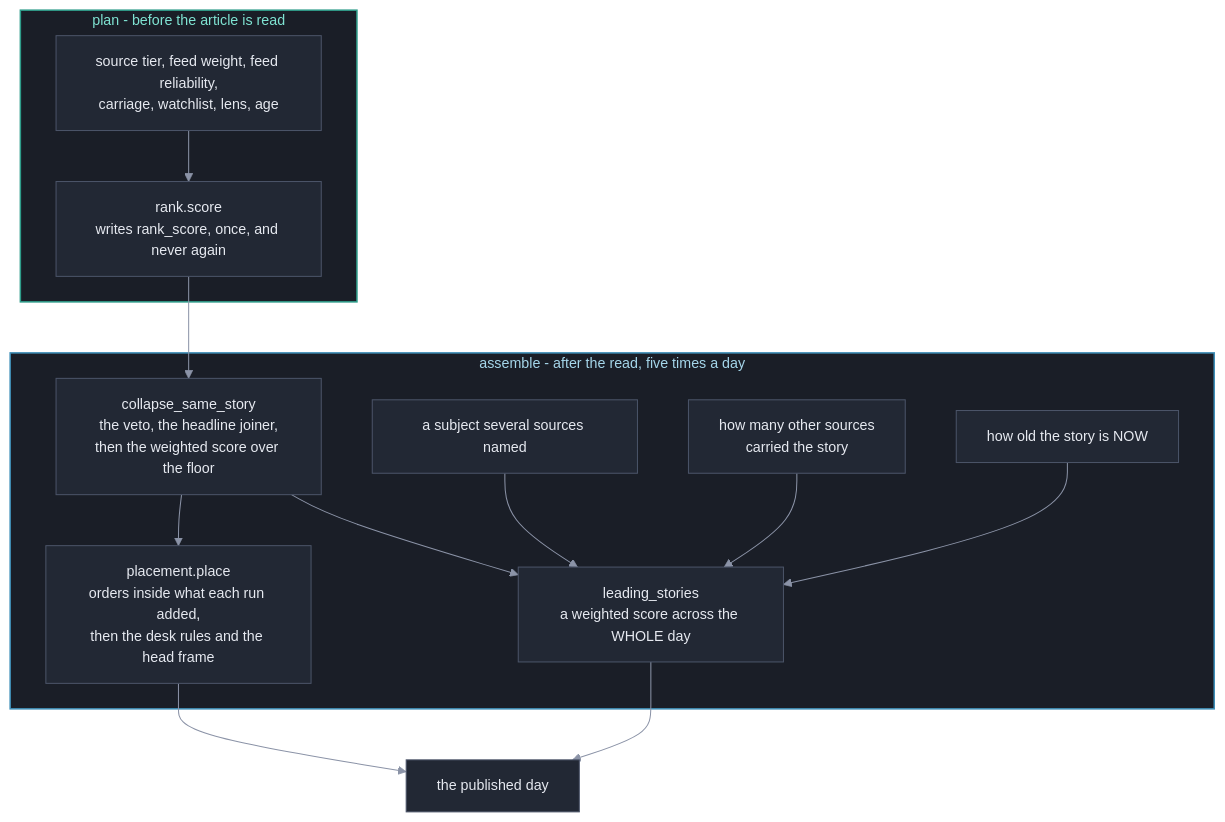
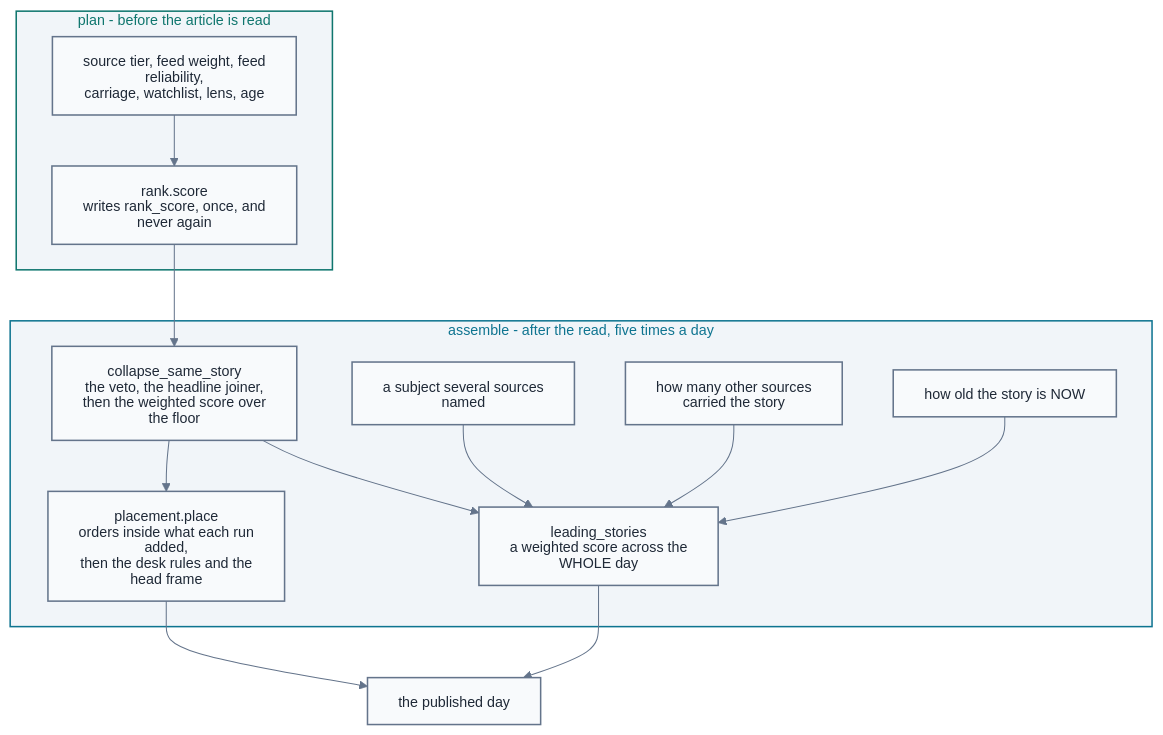
Before and after one commit to miztiik/yen-idhazh: the diagram in docs/architecture/publishing/how-a-day-is-ordered-and-what-each-desk-published.md, drawn with Mermaid. The commit also changed other lines of this file and 6 other files, not shown here.

First line of the commit message:
docs: make Mermaid diagrams readable across themes and print

````diff
--- a/docs/architecture/publishing/how-a-day-is-ordered-and-what-each-desk-published.md
+++ b/docs/architecture/publishing/how-a-day-is-ordered-and-what-each-desk-published.md
@@ -20,25 +20,25 @@
 ```mermaid
-%%{init: {"theme": "base", "themeVariables": {"background": "#0f1117", "primaryColor": "#222834", "primaryTextColor": "#e6e9f0", "primaryBorderColor": "#4b5468", "lineColor": "#8b93a7", "textColor": "#e6e9f0", "clusterBkg": "#1a1e27", "clusterBorder": "#3a4254", "titleColor": "#e6e9f0", "edgeLabelBackground": "#1a1e27", "fontSize": "14px"}}}%%
+%%{init: {"theme": "base", "htmlLabels": false, "themeVariables": {"background": "#ffffff", "primaryColor": "#f8fafc", "primaryTextColor": "#1f2937", "primaryBorderColor": "#64748b", "lineColor": "#64748b", "textColor": "#1f2937", "clusterBkg": "#f1f5f9", "clusterBorder": "#64748b", "titleColor": "#1f2937", "edgeLabelBackground": "#f8fafc", "fontSize": "14px"}}}%%
 flowchart TD
   subgraph plan["plan - before the article is read"]
     signals["source tier, feed weight, feed reliability,<br/>carriage, watchlist, lens, age"] --> rank["rank.score<br/>writes rank_score, once, and never again"]
   end
   subgraph assemble["assemble - after the read, five times a day"]
     rank --> fold["collapse_same_story<br/>the veto, the headline joiner,<br/>then the weighted score over the floor"]
     fold --> stream["placement.place<br/>orders inside what each run added,<br/>then the desk rules and the head frame"]
     fold --> lead["leading_stories<br/>a weighted score across the WHOLE day"]
     subject["a subject several sources named"] --> lead
     covered["how many other sources<br/>carried the story"] --> lead
     age["how old the story is NOW"] --> lead
   end
   stream --> page["the published day"]
   lead --> page
 
-  classDef stage fill:#222834,stroke:#4b5468,stroke-width:1px,color:#e6e9f0;
-  classDef sysIngest fill:#1a1e27,stroke:#2e9c8a,stroke-width:1.5px,color:#7fe3d2;
-  classDef sysPublish fill:#1a1e27,stroke:#3f8fb8,stroke-width:1.5px,color:#a5d6ea;
+  classDef stage fill:#f8fafc,stroke:#64748b,stroke-width:1.5px,color:#1f2937;
+  classDef sysIngest fill:#f1f5f9,stroke:#0f766e,stroke-width:1.5px,color:#0f766e;
+  classDef sysPublish fill:#f1f5f9,stroke:#0e7490,stroke-width:1.5px,color:#0e7490;
 
   class signals,rank,fold,stream,lead,subject,covered,age,page stage;
   class plan sysIngest;
   class assemble sysPublish;
 ```
````
